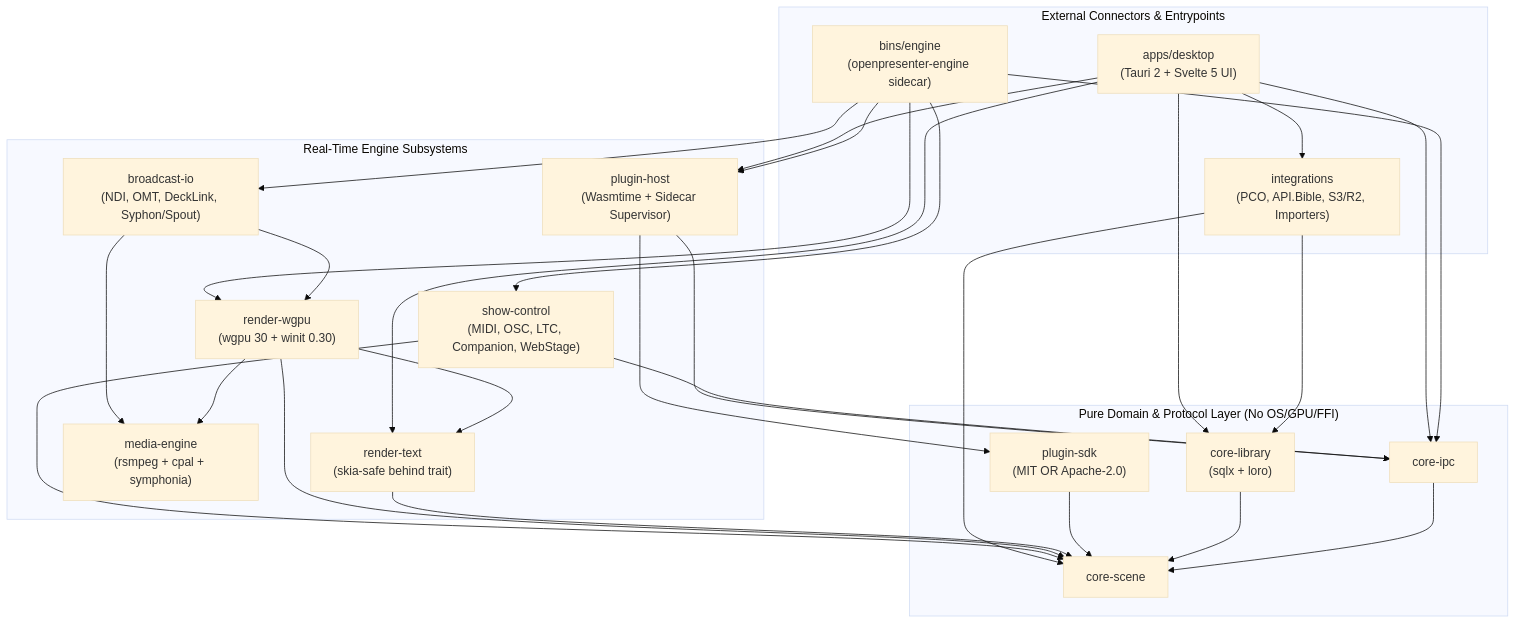
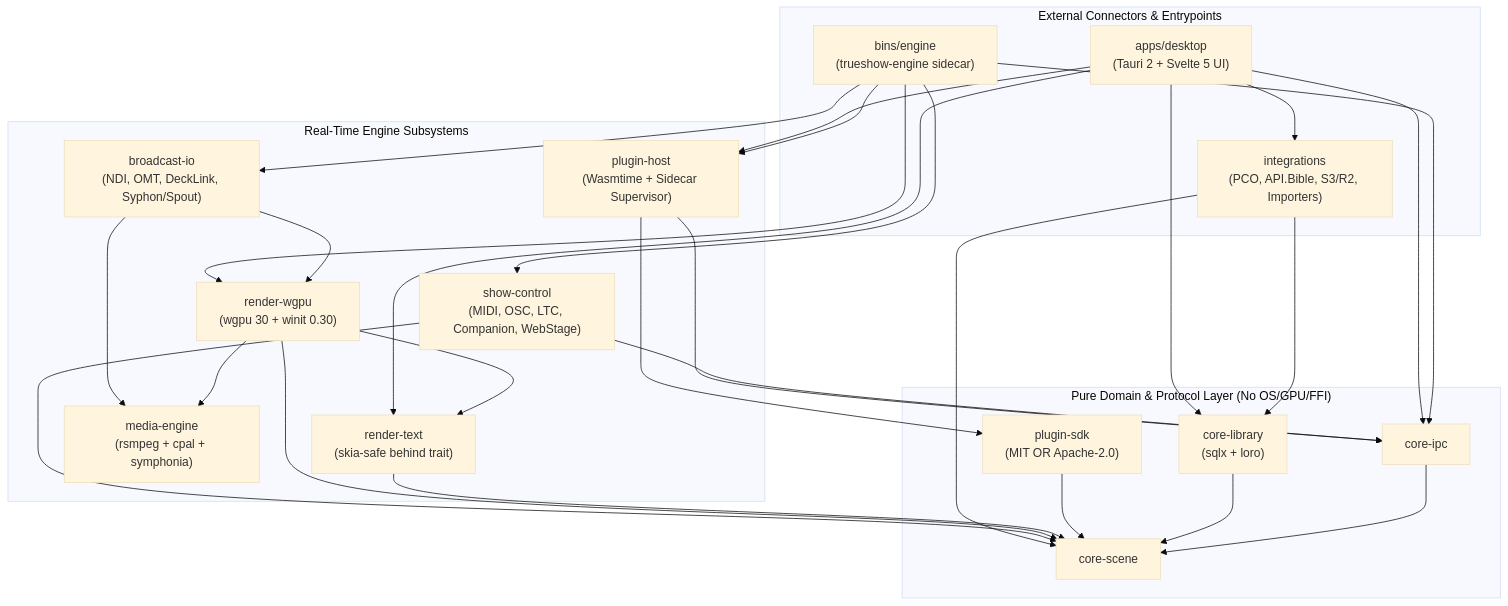
Before and after one commit to DevinSanders/trueshow: the first of 2 diagrams in docs/architecture/02-workspace-and-plugin-design.md, drawn with Mermaid (base theme). The commit also changed other lines of this file and 87 other files, not shown here.

````diff
--- a/docs/architecture/02-workspace-and-plugin-design.md
+++ b/docs/architecture/02-workspace-and-plugin-design.md
@@ -42,52 +42,52 @@
 ```mermaid
 flowchart TD
     subgraph Core["Pure Domain & Protocol Layer (No OS/GPU/FFI)"]
         Scene["core-scene"]
         IPC["core-ipc"]
         SDK["plugin-sdk<br/>(MIT OR Apache-2.0)"]
         Lib["core-library<br/>(sqlx + loro)"]
     end
 
     subgraph EngineCrates["Real-Time Engine Subsystems"]
         Text["render-text<br/>(skia-safe behind trait)"]
         Media["media-engine<br/>(rsmpeg + cpal + symphonia)"]
         Wgpu["render-wgpu<br/>(wgpu 30 + winit 0.30)"]
         Bio["broadcast-io<br/>(NDI, OMT, DeckLink, Syphon/Spout)"]
         Ctrl["show-control<br/>(MIDI, OSC, LTC, Companion, WebStage)"]
         PHost["plugin-host<br/>(Wasmtime + Sidecar Supervisor)"]
     end
 
     subgraph AppCrates["External Connectors & Entrypoints"]
         Integ["integrations<br/>(PCO, API.Bible, S3/R2, Importers)"]
-        EngBin["bins/engine<br/>(openpresenter-engine sidecar)"]
+        EngBin["bins/engine<br/>(trueshow-engine sidecar)"]
         Desktop["apps/desktop<br/>(Tauri 2 + Svelte 5 UI)"]
     end
 
     IPC --> Scene
     Lib --> Scene
     SDK --> Scene
     Text --> Scene
     Wgpu --> Scene
     Wgpu --> Text
     Wgpu --> Media
     Bio --> Wgpu
     Bio --> Media
     Ctrl --> Scene
     Ctrl --> IPC
     PHost --> SDK
     PHost --> IPC
     Integ --> Scene
     Integ --> Lib
 
     EngBin --> IPC
     EngBin --> Wgpu
     EngBin --> Bio
     EngBin --> Ctrl
     EngBin --> PHost
 
     Desktop --> IPC
     Desktop --> Lib
     Desktop --> Integ
     Desktop --> Text
     Desktop --> PHost
 ```
````
